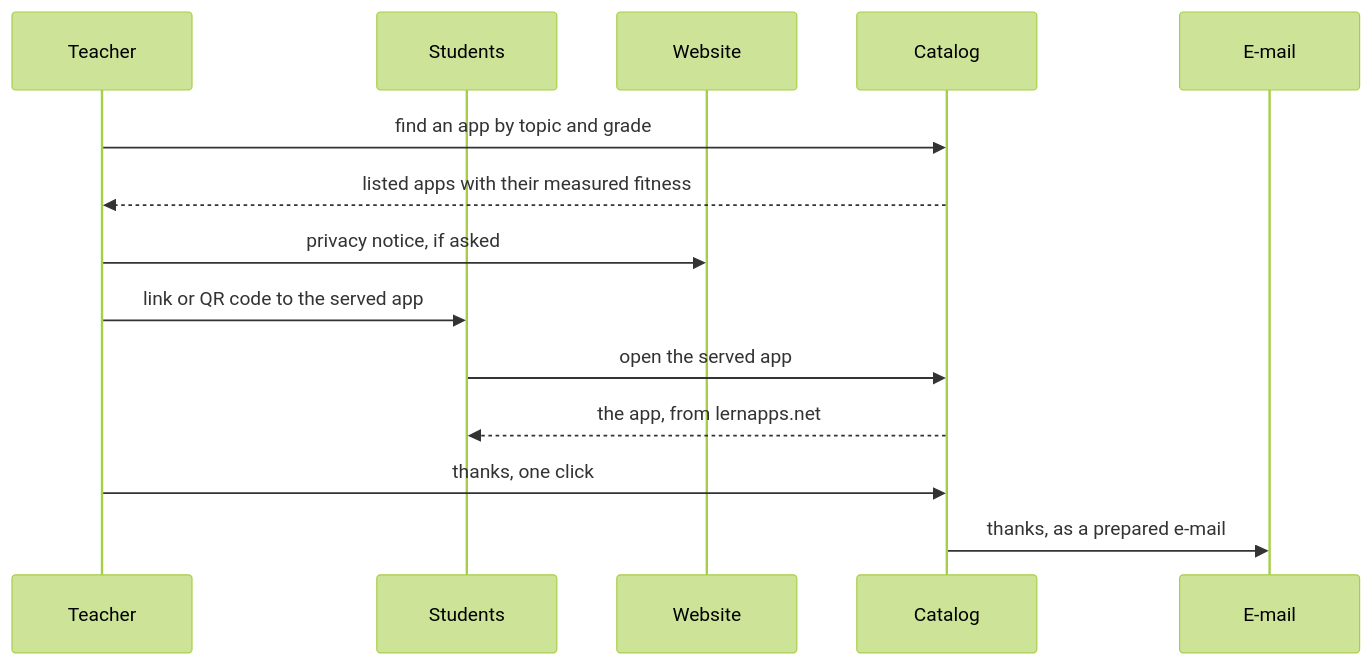
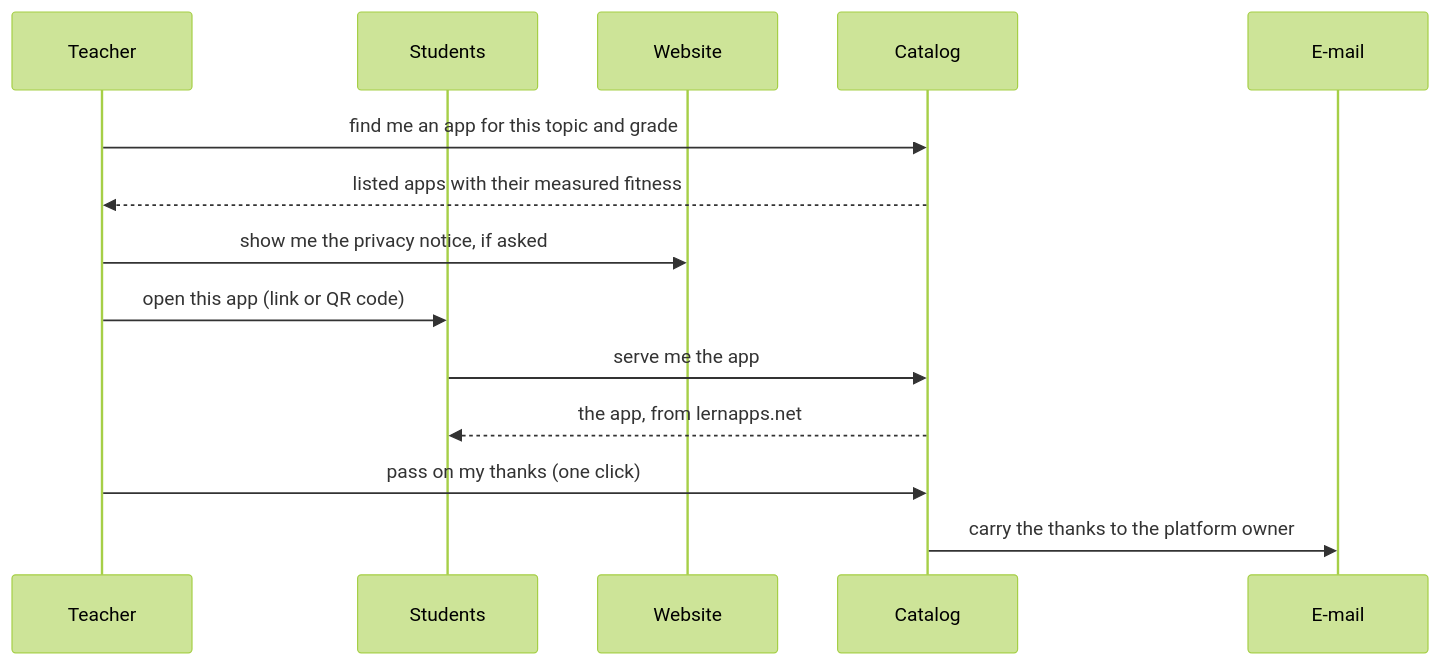
One commit to lernapps/docs changed the first of 6 diagrams in docs/arc42/06-runtime-view.arc42.md. Above: the diagram before and after it, drawn with Mermaid (forest theme). The commit also changed other lines of this file and 3 other files, not shown here.

First line of the commit message:
docs(overview): draw the flows as sequence diagrams

````diff
--- a/docs/arc42/06-runtime-view.arc42.md
+++ b/docs/arc42/06-runtime-view.arc42.md
@@ -32,16 +32,16 @@
 ```mermaid
 sequenceDiagram
     participant teacher as Teacher
     participant student as Students
     participant website as Website
     participant catalog as Catalog
     participant mail as E-mail
-    teacher->>catalog: find an app by topic and grade
+    teacher->>catalog: find me an app for this topic and grade
     catalog-->>teacher: listed apps with their measured fitness
-    teacher->>website: privacy notice, if asked
-    teacher->>student: link or QR code to the served app
-    student->>catalog: open the served app
+    teacher->>website: show me the privacy notice, if asked
+    teacher->>student: open this app (link or QR code)
+    student->>catalog: serve me the app
     catalog-->>student: the app, from lernapps.net
-    teacher->>catalog: thanks, one click
-    catalog->>mail: thanks, as a prepared e-mail
+    teacher->>catalog: pass on my thanks (one click)
+    catalog->>mail: carry the thanks to the platform owner
 ```
````
